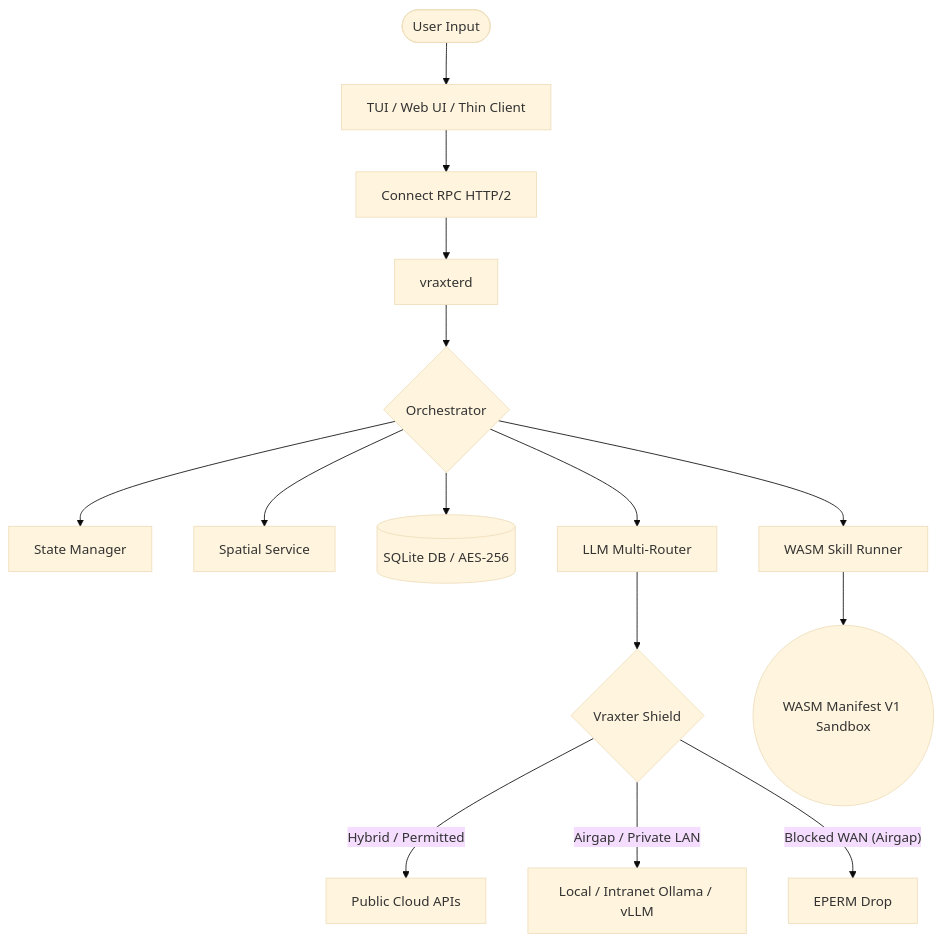
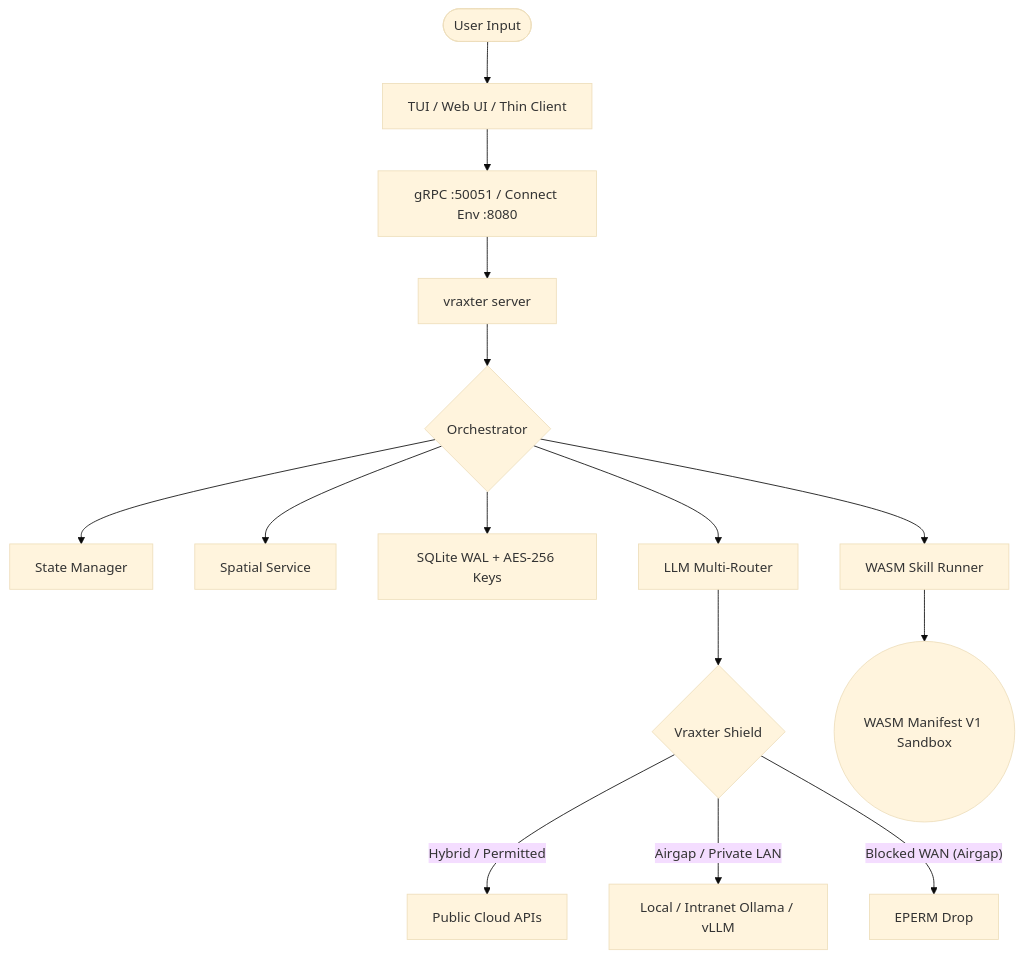
The diagram in docs/ARCHITECTURE.md (vraxter/vraxter), drawn with Mermaid (base theme) before and after one commit. The commit also changed other lines of this file and 69 other files, not shown here.

````diff
--- a/docs/ARCHITECTURE.md
+++ b/docs/ARCHITECTURE.md
@@ -69,19 +70,19 @@
 ```mermaid
 graph TD
     User([User Input]) --> Client[TUI / Web UI / Thin Client]
-    Client --> ConnectRPC[Connect RPC HTTP/2]
-    ConnectRPC --> Daemon[vraxterd]
+    Client --> ConnectRPC["gRPC :50051 / Connect Env :8080"]
+    ConnectRPC --> Daemon["vraxter server"]
     Daemon --> Orchestrator{Orchestrator}
     Orchestrator --> StateMgr[State Manager]
     Orchestrator --> SpatialSvc[Spatial Service]
-    Orchestrator --> SQL[(SQLite DB / AES-256)]
+    Orchestrator --> SQL["SQLite WAL + AES-256 Keys"]
     Orchestrator --> Runner[WASM Skill Runner]
     Orchestrator --> Router[LLM Multi-Router]
     
     Router --> Shield{Vraxter Shield}
     Shield -- "Hybrid / Permitted" --> Cloud[Public Cloud APIs]
     Shield -- "Airgap / Private LAN" --> Local[Local / Intranet Ollama / vLLM]
     Shield -- "Blocked WAN (Airgap)" --> Block[EPERM Drop]
     
     Runner --> Sandbox((WASM Manifest V1 Sandbox))
 ```
````
